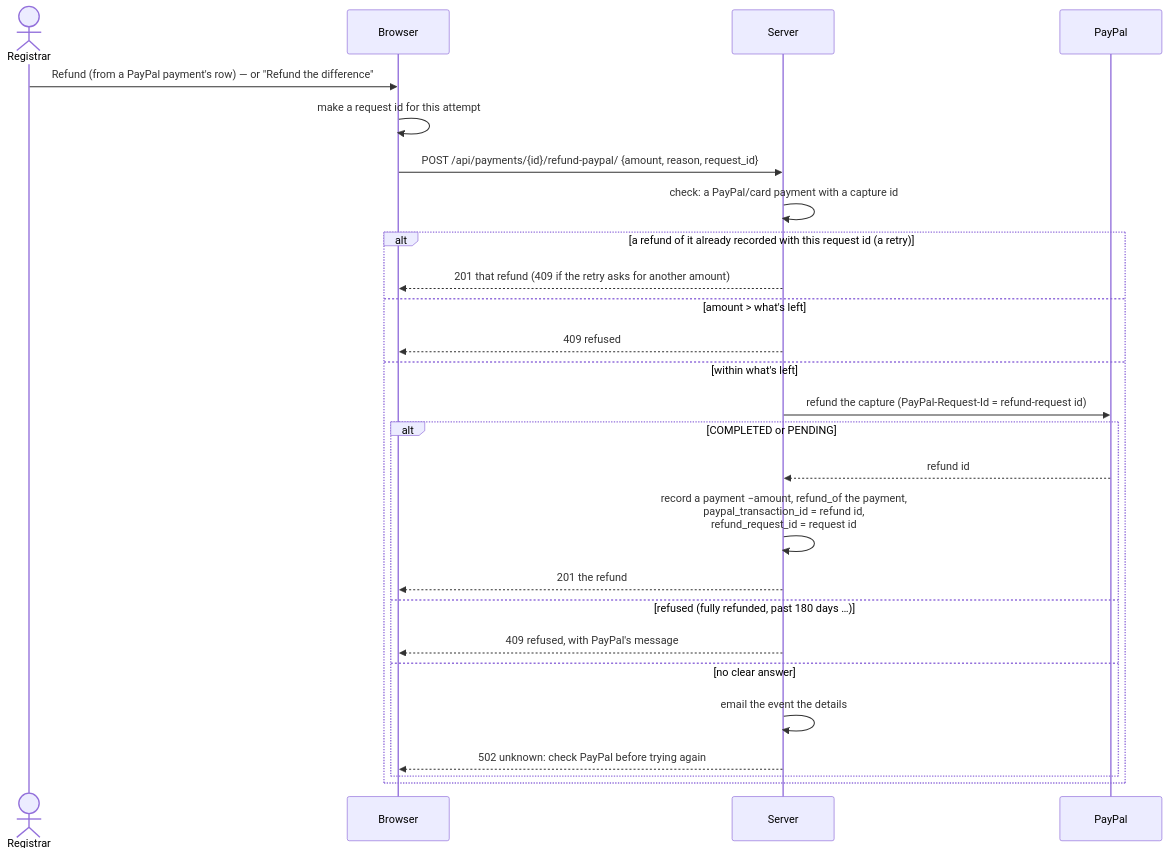
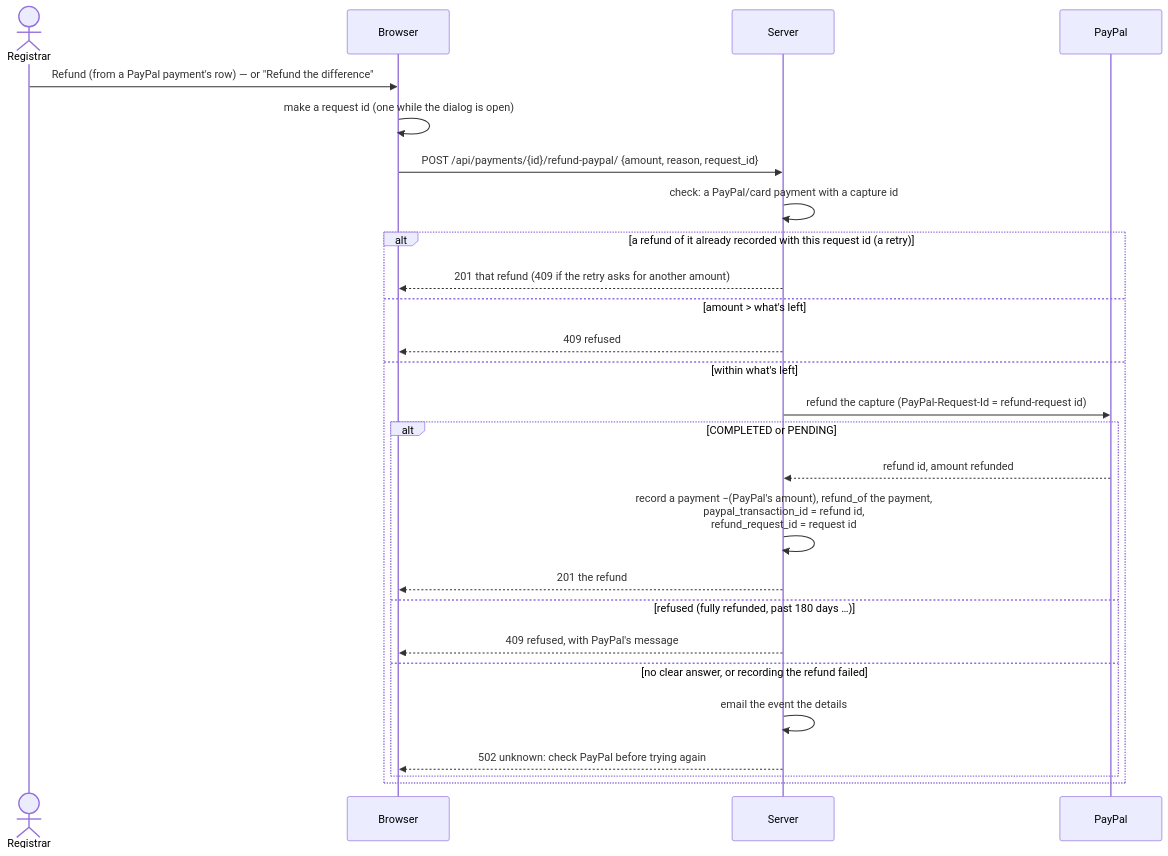
Before and after one commit to camphoric/camphoric: the ninth of 12 diagrams in doc/payments.md, drawn with Mermaid. The commit also changed other lines of this file and 8 other files, not shown here.

First line of the commit message:
fix(payments): record PayPal refunds for what PayPal refunded

````diff
--- a/doc/payments.md
+++ b/doc/payments.md
@@ -403,28 +427,28 @@
 ```mermaid
 sequenceDiagram
     actor A as Registrar
     participant B as Browser
     participant S as Server
     participant P as PayPal
     A->>B: Refund (from a PayPal payment's row) — or "Refund the difference"
-    B->>B: make a request id for this attempt
+    B->>B: make a request id (one while the dialog is open)
     B->>S: POST /api/payments/{id}/refund-paypal/ {amount, reason, request_id}
     S->>S: check: a PayPal/card payment with a capture id
     alt a refund of it already recorded with this request id (a retry)
         S-->>B: 201 that refund (409 if the retry asks for another amount)
     else amount > what's left
         S-->>B: 409 refused
     else within what's left
         S->>P: refund the capture (PayPal-Request-Id = refund-request id)
         alt COMPLETED or PENDING
-            P-->>S: refund id
-            S->>S: record a payment −amount, refund_of the payment,<br/>paypal_transaction_id = refund id,<br/>refund_request_id = request id
+            P-->>S: refund id, amount refunded
+            S->>S: record a payment −(PayPal's amount), refund_of the payment,<br/>paypal_transaction_id = refund id,<br/>refund_request_id = request id
             S-->>B: 201 the refund
         else refused (fully refunded, past 180 days …)
             S-->>B: 409 refused, with PayPal's message
-        else no clear answer
+        else no clear answer, or recording the refund failed
             S->>S: email the event the details
             S-->>B: 502 unknown: check PayPal before trying again
         end
     end
 ```
````
